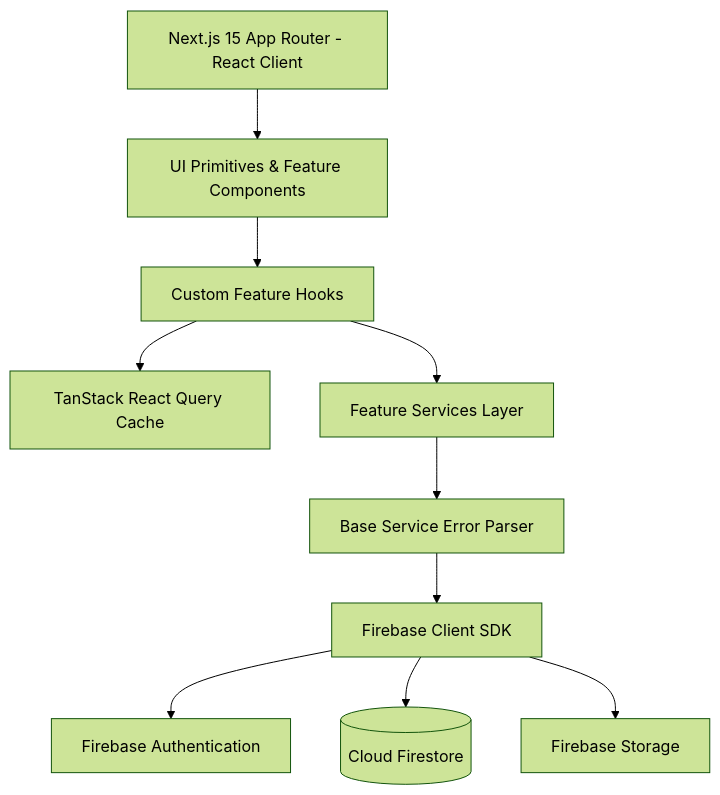
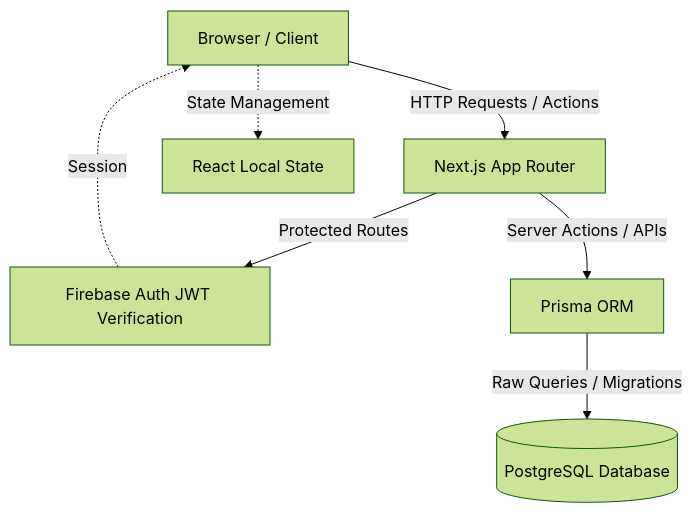
Before and after one commit to sanjidtalukder/SkillSwap: the first of 2 diagrams in README.md, drawn with Mermaid (forest theme). The commit also changed other lines of this file, not shown here.

````diff
--- a/README.md
+++ b/README.md
@@ -33,12 +97,10 @@
 ```mermaid
-flowchart TD
-    Client[Next.js 15 App Router - React Client] --> UI[UI Primitives & Feature Components]
-    UI --> Hooks[Custom Feature Hooks]
-    Hooks --> Query[TanStack React Query Cache]
-    Hooks --> Services[Feature Services Layer]
-    Services --> BaseService[Base Service Error Parser]
-    BaseService --> FirebaseSDK[Firebase Client SDK]
-    FirebaseSDK --> Auth[Firebase Authentication]
-    FirebaseSDK --> DB[(Cloud Firestore)]
-    FirebaseSDK --> Storage[Firebase Storage]
+graph TD
+    Client[Browser / Client] -->|HTTP Requests / Actions| NextJS[Next.js App Router]
+    NextJS -->|Protected Routes| Auth[Firebase Auth JWT Verification]
+    NextJS -->|Server Actions / APIs| Prisma[Prisma ORM]
+    Prisma -->|Raw Queries / Migrations| DB[(PostgreSQL Database)]
+    
+    Client -.->|State Management| React[React Local State]
+    Auth -.->|Session| Client
 ```
````
